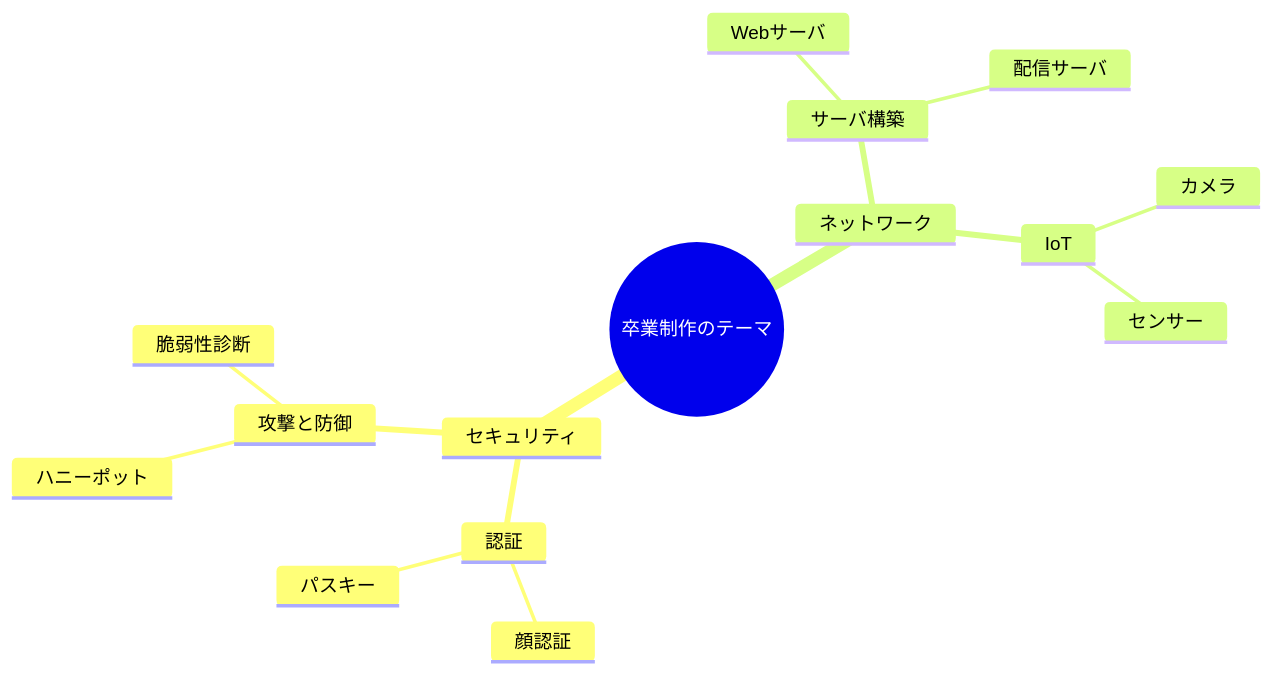
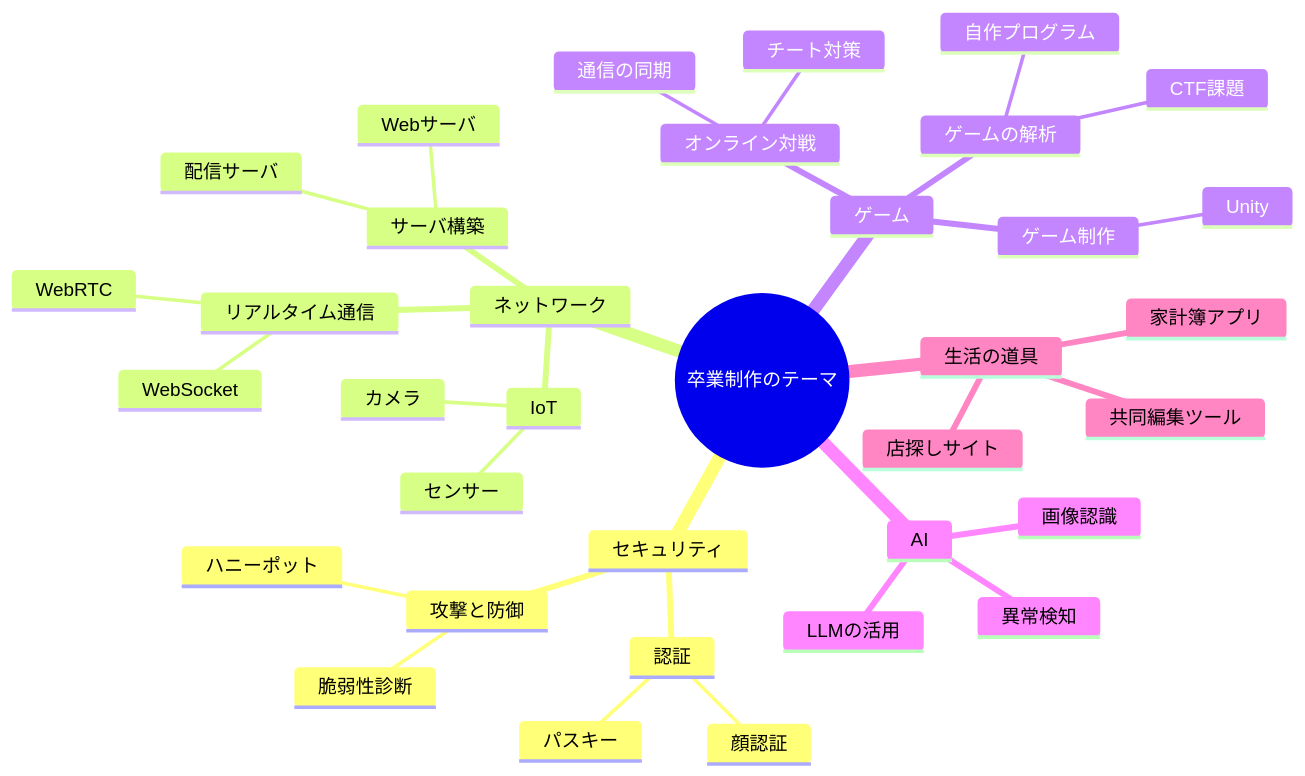
Before and after one commit to yusukem99/thesis: the first of 3 diagrams in courses/テーマ決定とグループ編成.md, drawn with Mermaid. The commit also changed other lines of this file, not shown here.

Commit message:
テーマの題材の幅を広げる
- テーマのマインドマップにゲーム・AI・生活の道具を追加し、
  ネットワークにリアルタイム通信（WebRTC/WebSocket）を追加
- 題材は自由でよいが、通信・サーバ・認証・データの扱いなど
  学んだ技術が中身に表れることを条件として明記

````diff
--- a/courses/テーマ決定とグループ編成.md
+++ b/courses/テーマ決定とグループ編成.md
@@ -12,18 +14,38 @@
 ```mermaid
 mindmap
   root((卒業制作のテーマ))
     セキュリティ
       認証
         顔認証
         パスキー
       攻撃と防御
         ハニーポット
         脆弱性診断
     ネットワーク
       サーバ構築
         Webサーバ
         配信サーバ
+      リアルタイム通信
+        WebRTC
+        WebSocket
       IoT
         カメラ
         センサー
+    ゲーム
+      オンライン対戦
+        通信の同期
+        チート対策
+      ゲームの解析
+        自作プログラム
+        CTF課題
+      ゲーム制作
+        Unity
+    AI
+      画像認識
+      異常検知
+      LLMの活用
+    生活の道具
+      家計簿アプリ
+      店探しサイト
+      共同編集ツール
 ```
````
